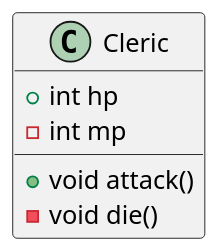
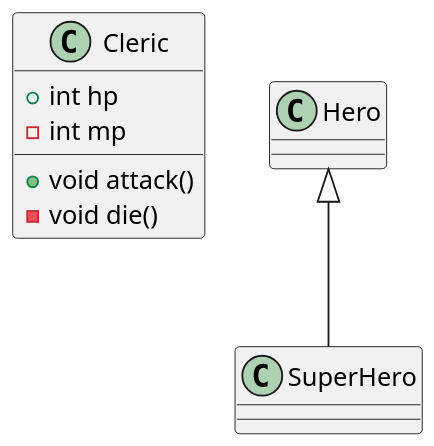
Before and after one commit to SurvivalCodingCampus/sesac7_dart_study: the diagram in lib/game.puml, drawn with PlantUML. The commit also changed 6 other files, not shown here.

```diff
--- a/lib/game.puml
+++ b/lib/game.puml
@@ -1,11 +1,17 @@
 @startuml
 scale 1.5
 
 class Cleric{
    + int hp
    - int mp
 
    + void attack()
    - void die()
 }
+
+class Hero{
+}
+
+class SuperHero extends Hero{
+}
 @enduml
```
